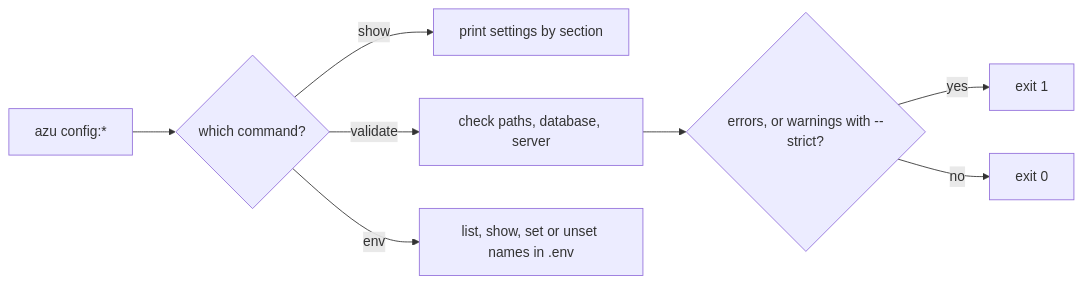
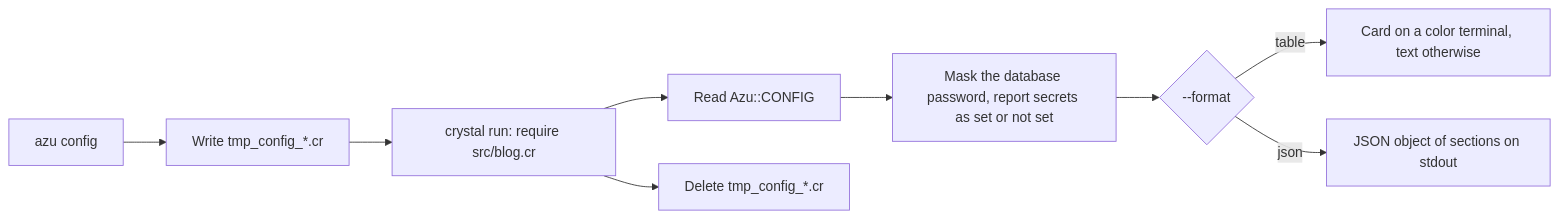
The diagram in docs/command-reference/azu-config.md (azutoolkit/azu_cli), drawn with Mermaid before and after one commit. The commit also changed other lines of this file and 50 other files, not shown here.

First line of the commit message:
Remove azu.yml, add `azu config` for the app's configuration, fix three generator bugs (#50)

````diff
--- a/docs/command-reference/azu-config.md
+++ b/docs/command-reference/azu-config.md
@@ -15,10 +13,11 @@
 ```mermaid
 flowchart LR
-  A["azu config:*"] --> B{"which command?"}
-  B -->|show| C["print settings by section"]
-  B -->|validate| D["check paths, database, server"]
-  D --> E{"errors, or warnings with --strict?"}
-  E -->|yes| F["exit 1"]
-  E -->|no| G["exit 0"]
-  B -->|env| H["list, show, set or unset names in .env"]
+  A["azu config"] --> B["Write tmp_config_*.cr"]
+  B --> C["crystal run: require src/blog.cr"]
+  C --> D["Read Azu::CONFIG"]
+  D --> E["Mask the database password, report secrets as set or not set"]
+  E --> F{"--format"}
+  F -->|table| G["Card on a color terminal, text otherwise"]
+  F -->|json| H["JSON object of sections on stdout"]
+  C --> I["Delete tmp_config_*.cr"]
 ```
````
